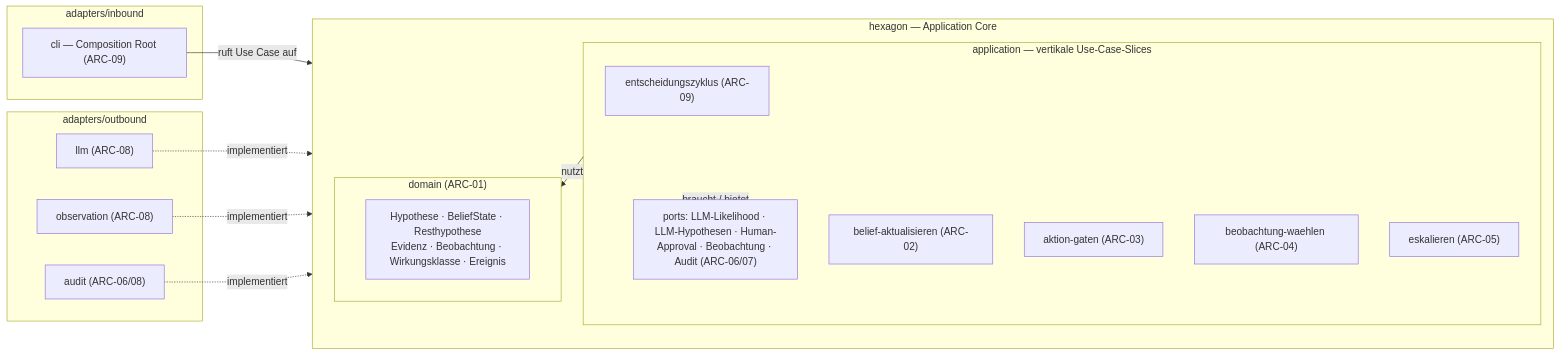
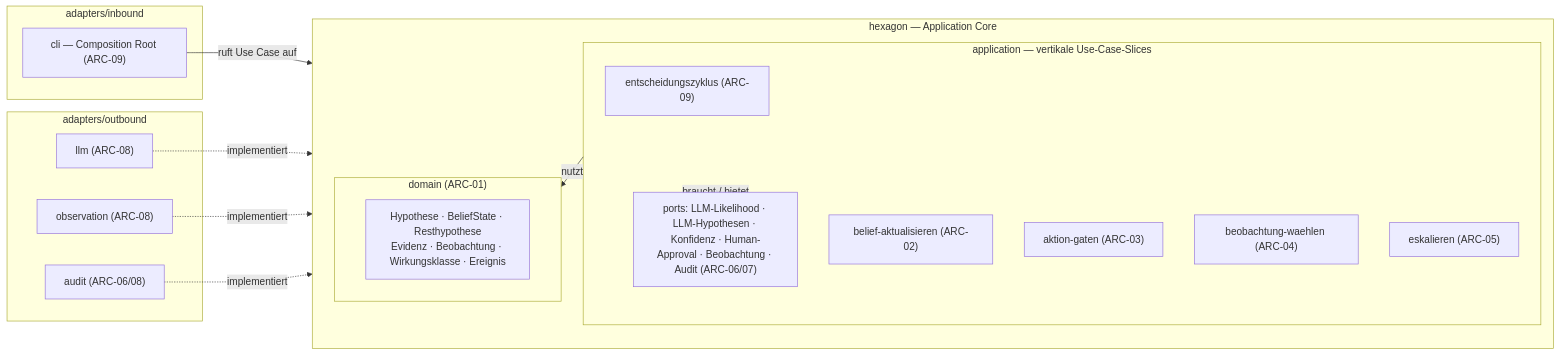
Before and after one commit to pt9912/belief-agent: the first of 2 diagrams in spec/architecture.md, drawn with Mermaid. The commit also changed other lines of this file and 6 other files, not shown here.

````diff
--- a/spec/architecture.md
+++ b/spec/architecture.md
@@ -22,32 +22,32 @@
 ```mermaid
 flowchart LR
     subgraph IN["adapters/inbound"]
         CLI["cli — Composition Root (ARC-09)"]
     end
     subgraph HEX["hexagon — Application Core"]
         direction TB
         subgraph APP["application — vertikale Use-Case-Slices"]
             ZYK["entscheidungszyklus (ARC-09)"]
             UPD["belief-aktualisieren (ARC-02)"]
             GATE["aktion-gaten (ARC-03)"]
             VOI["beobachtung-waehlen (ARC-04)"]
             ESK["eskalieren (ARC-05)"]
-            PORTS["ports: LLM-Likelihood · LLM-Hypothesen · Human-Approval · Beobachtung · Audit (ARC-06/07)"]
+            PORTS["ports: LLM-Likelihood · LLM-Hypothesen · Konfidenz · Human-Approval · Beobachtung · Audit (ARC-06/07)"]
         end
         subgraph DOM["domain (ARC-01)"]
             D["Hypothese · BeliefState · Resthypothese<br/>Evidenz · Beobachtung · Wirkungsklasse · Ereignis"]
         end
     end
     subgraph OUT["adapters/outbound"]
         LLM["llm (ARC-08)"]
         OBS["observation (ARC-08)"]
         AUD["audit (ARC-06/08)"]
     end
 
     CLI -->|ruft Use Case auf| ZYK
     APP -->|nutzt| DOM
     APP -->|braucht / bietet| PORTS
     LLM -.implementiert.-> PORTS
     OBS -.implementiert.-> PORTS
     AUD -.implementiert.-> PORTS
 ```
````
